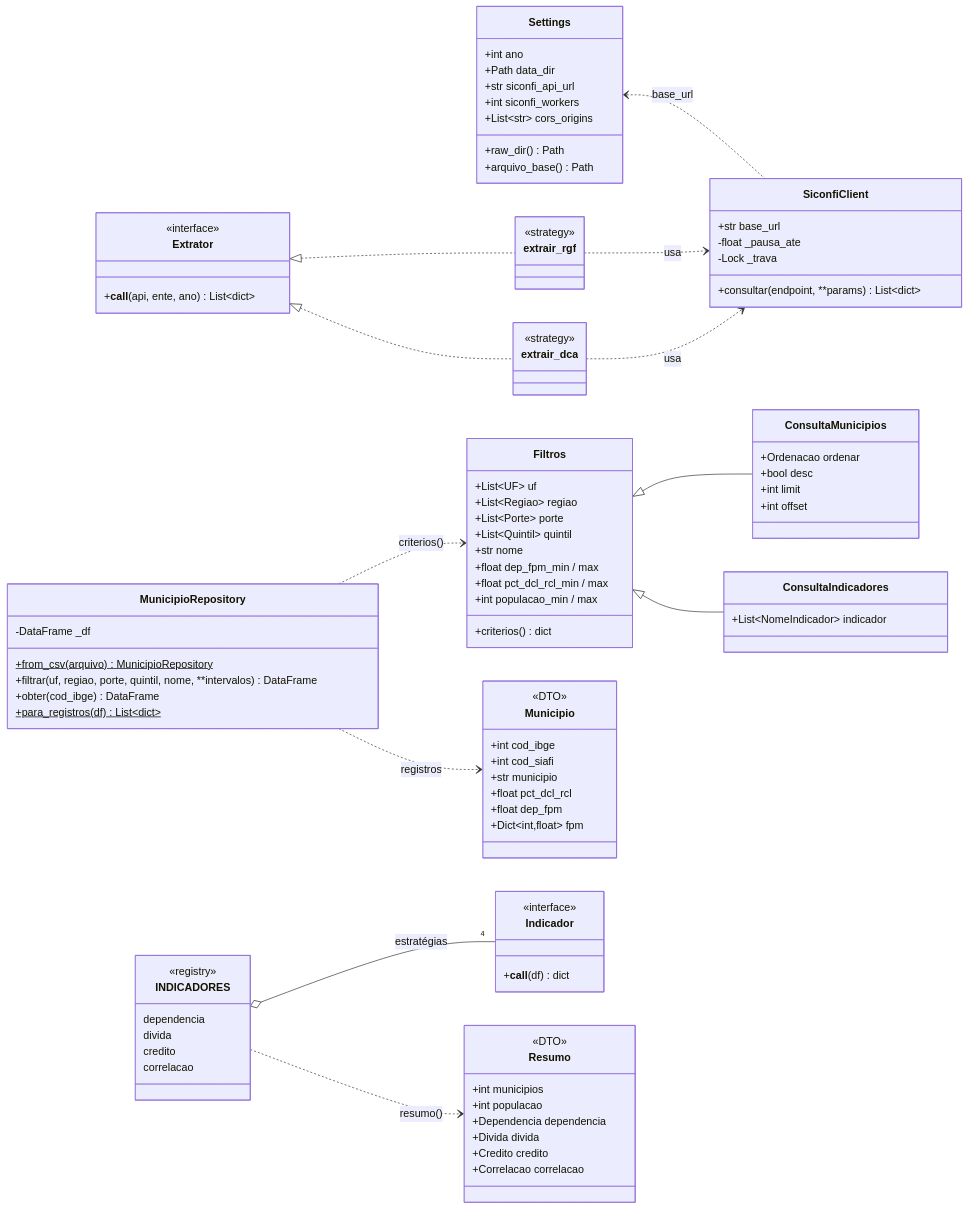
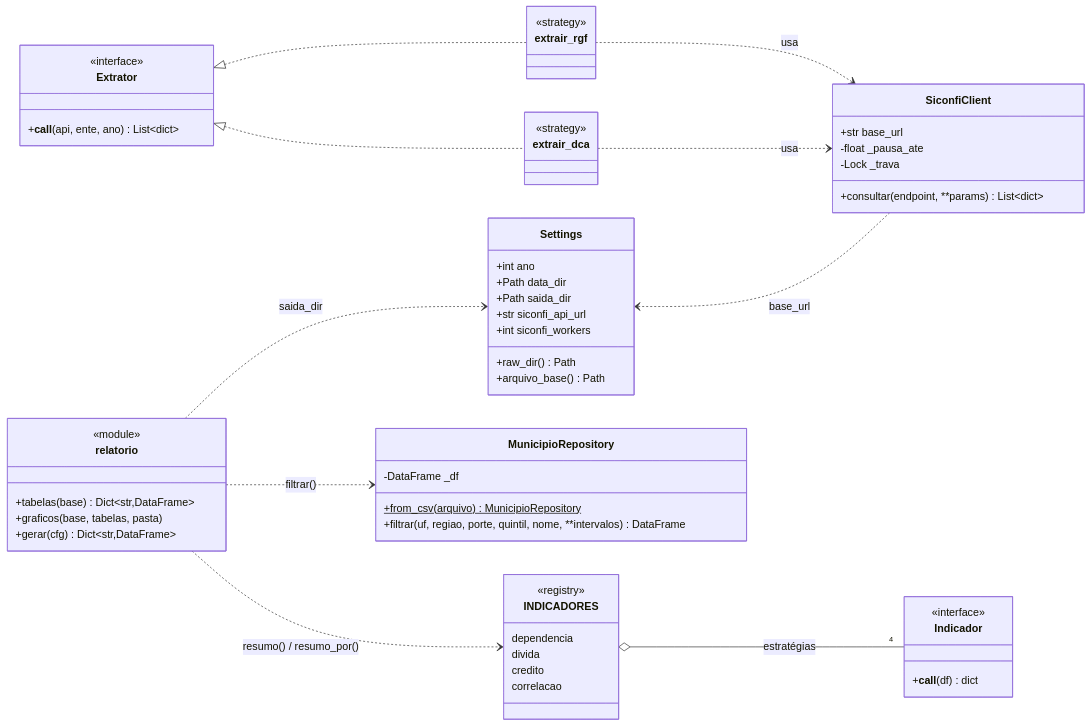
Before and after one commit to marcosguida/endividamento-municipal: the third of 6 diagrams in docs/arquitetura.md, drawn with Mermaid. The commit also changed other lines of this file, not shown here.

Commit message:
docs(arquitetura): atualiza diagramas para o fluxo de análise de dados

````diff
--- a/docs/arquitetura.md
+++ b/docs/arquitetura.md
@@ -73,9 +72,9 @@
     class Settings {
         +int ano
         +Path data_dir
+        +Path saida_dir
         +str siconfi_api_url
         +int siconfi_workers
-        +List~str~ cors_origins
         +raw_dir() Path
         +arquivo_base() Path
     }
@@ -102,8 +101,6 @@
         -DataFrame _df
         +from_csv(arquivo)$ MunicipioRepository
         +filtrar(uf, regiao, porte, quintil, nome, **intervalos) DataFrame
-        +obter(cod_ibge) DataFrame
-        +para_registros(df)$ List~dict~
     }
 
     class Indicador {
@@ -118,43 +115,11 @@
         correlacao
     }
 
-    class Filtros {
-        +List~UF~ uf
-        +List~Regiao~ regiao
-        +List~Porte~ porte
-        +List~Quintil~ quintil
-        +str nome
-        +float dep_fpm_min / max
-        +float pct_dcl_rcl_min / max
-        +int populacao_min / max
-        +criterios() dict
-    }
-    class ConsultaMunicipios {
-        +Ordenacao ordenar
-        +bool desc
-        +int limit
-        +int offset
-    }
-    class ConsultaIndicadores {
-        +List~NomeIndicador~ indicador
-    }
-    class Municipio {
-        <<DTO>>
-        +int cod_ibge
-        +int cod_siafi
-        +str municipio
-        +float pct_dcl_rcl
-        +float dep_fpm
-        +Dict~int,float~ fpm
-    }
-    class Resumo {
-        <<DTO>>
-        +int municipios
-        +int populacao
-        +Dependencia dependencia
-        +Divida divida
-        +Credito credito
-        +Correlacao correlacao
+    class relatorio {
+        <<module>>
+        +tabelas(base) Dict~str,DataFrame~
+        +graficos(base, tabelas, pasta)
+        +gerar(cfg) Dict~str,DataFrame~
     }
 
     Extrator <|.. extrair_rgf
@@ -164,9 +129,7 @@
     Settings <.. SiconfiClient : base_url
 
     INDICADORES o-- "4" Indicador : estratégias
-    Filtros <|-- ConsultaMunicipios
-    Filtros <|-- ConsultaIndicadores
-    MunicipioRepository ..> Filtros : criterios()
-    MunicipioRepository ..> Municipio : registros
-    INDICADORES ..> Resumo : resumo()
+    relatorio ..> MunicipioRepository : filtrar()
+    relatorio ..> INDICADORES : resumo() / resumo_por()
+    relatorio ..> Settings : saida_dir
 ```
````
